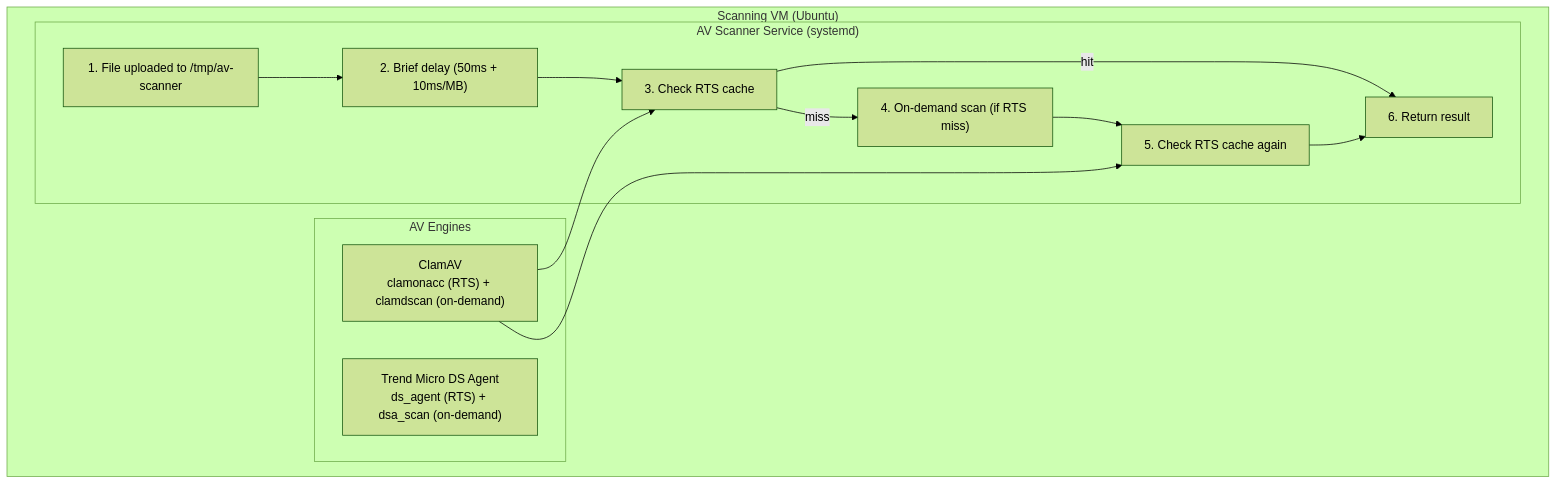
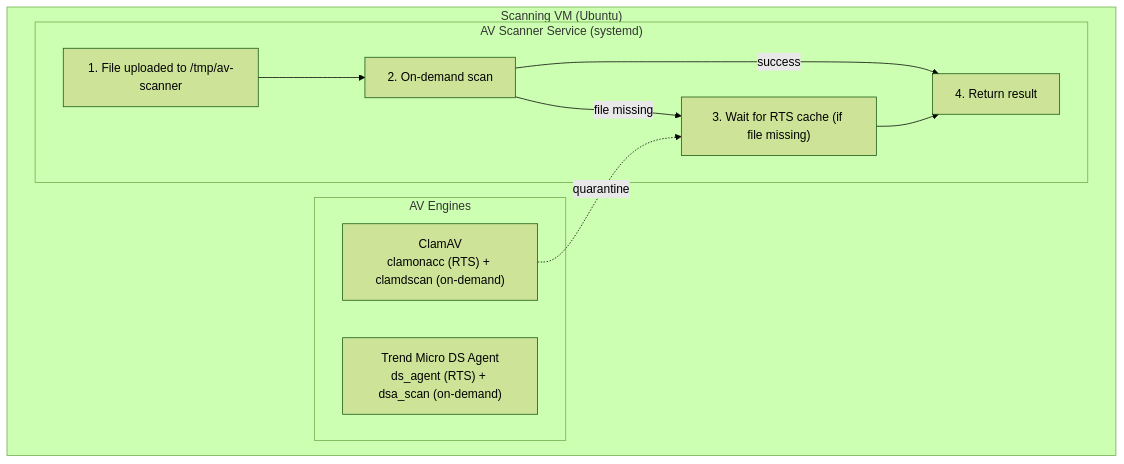
One commit to rophy/av-scanner changed the diagram in README.md. Above: the diagram before and after it, drawn with Mermaid (forest theme). The commit also changed other lines of this file and 5 other files, not shown here.

First line of the commit message:
refactor: simplify scan flow and add configurable RTS cache timeout

````diff
--- a/README.md
+++ b/README.md
@@ -14,24 +14,21 @@
 ```mermaid
 flowchart TB
     subgraph VM["Scanning VM (Ubuntu)"]
         subgraph engines["AV Engines"]
             clamav["ClamAV<br/>clamonacc (RTS) + clamdscan (on-demand)"]
             trendmicro["Trend Micro DS Agent<br/>ds_agent (RTS) + dsa_scan (on-demand)"]
         end
 
         subgraph scanner["AV Scanner Service (systemd)"]
             upload["1. File uploaded to /tmp/av-scanner"]
-            delay["2. Brief delay (50ms + 10ms/MB)"]
-            rtscheck1["3. Check RTS cache"]
-            ondemand["4. On-demand scan (if RTS miss)"]
-            rtscheck2["5. Check RTS cache again"]
-            result["6. Return result"]
+            ondemand["2. On-demand scan"]
+            rtscheck["3. Wait for RTS cache (if file missing)"]
+            result["4. Return result"]
         end
 
-        upload --> delay --> rtscheck1
-        rtscheck1 -->|hit| result
-        rtscheck1 -->|miss| ondemand --> rtscheck2 --> result
-        clamav --> rtscheck1
-        clamav --> rtscheck2
+        upload --> ondemand
+        ondemand -->|success| result
+        ondemand -->|file missing| rtscheck --> result
+        clamav -.->|quarantine| rtscheck
     end
 ```
````
